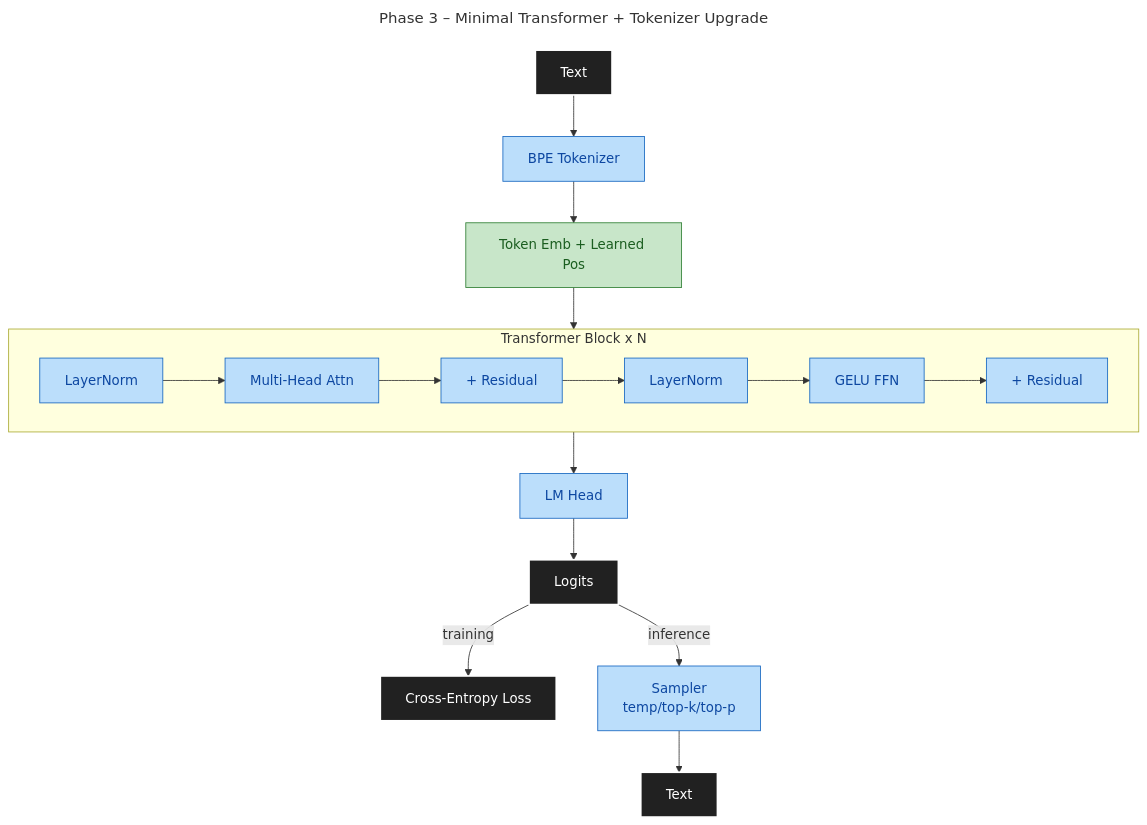
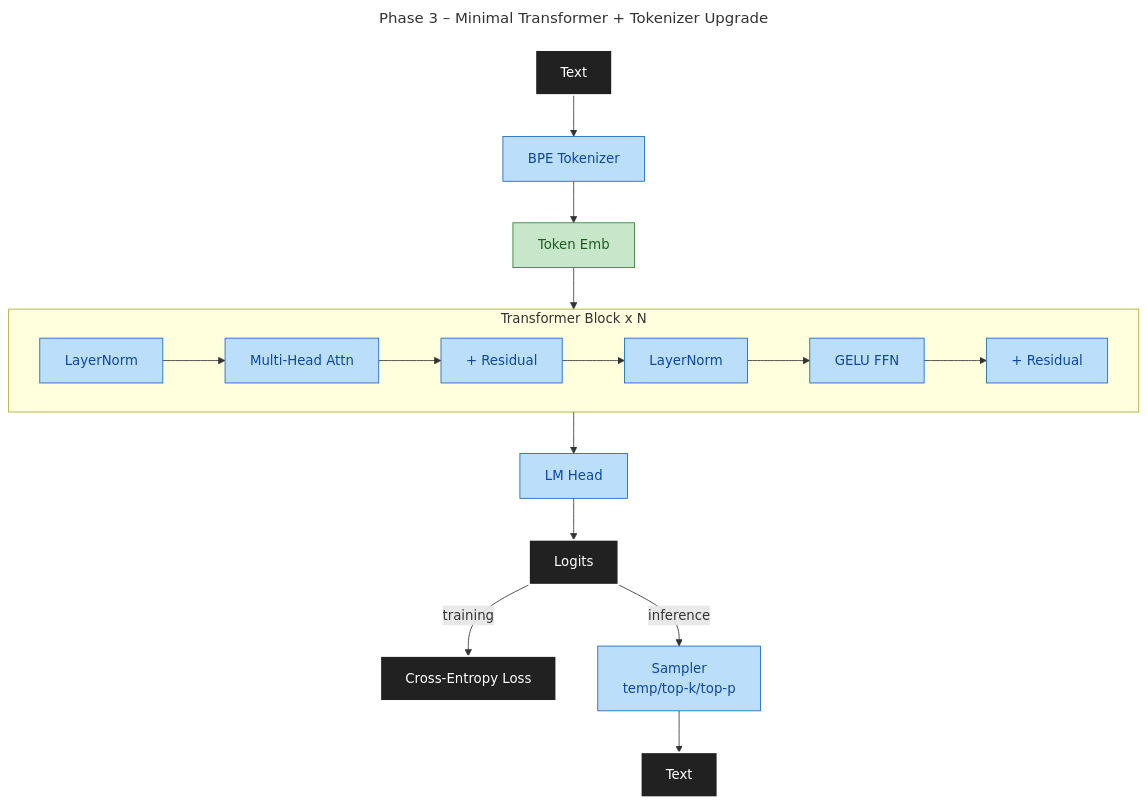
One commit to maxjbarfuss/max_llm changed the second of 7 diagrams in docs/DESIGN.md. Above: the diagram before and after it, drawn with Mermaid. The commit also changed other lines of this file, not shown here.

````diff
--- a/docs/DESIGN.md
+++ b/docs/DESIGN.md
@@ -49,17 +49,17 @@
 ```mermaid
 ---
 title: Phase 3 – Minimal Transformer + Tokenizer Upgrade
 ---
 graph TD
-    A[Text]:::io --> B[BPE Tokenizer]:::p3 --> C[Token Emb + Learned Pos]:::p2 --> Block
+    A[Text]:::io --> B[BPE Tokenizer]:::p3 --> C[Token Emb]:::p2 --> Block
     subgraph Block[Transformer Block x N]
         direction LR
         D[LayerNorm]:::p3 --> E[Multi-Head Attn]:::p3 --> F[+ Residual]:::p3 --> G[LayerNorm]:::p3 --> H[GELU FFN]:::p3 --> I[+ Residual]:::p3
     end
     Block --> J[LM Head]:::p3 --> K[Logits]:::io
     K -->|training| L[Cross-Entropy Loss]:::io
     K -->|inference| M[Sampler<br/>temp/top-k/top-p]:::p3 --> N[Text]:::io
     classDef io fill:#212121,stroke:#FFFFFF,color:#FFFFFF,stroke-width:2px
     classDef p2 fill:#C8E6C9,stroke:#2E7D32,color:#1B5E20
     classDef p3 fill:#BBDEFB,stroke:#1565C0,color:#0D47A1
 ```
````
